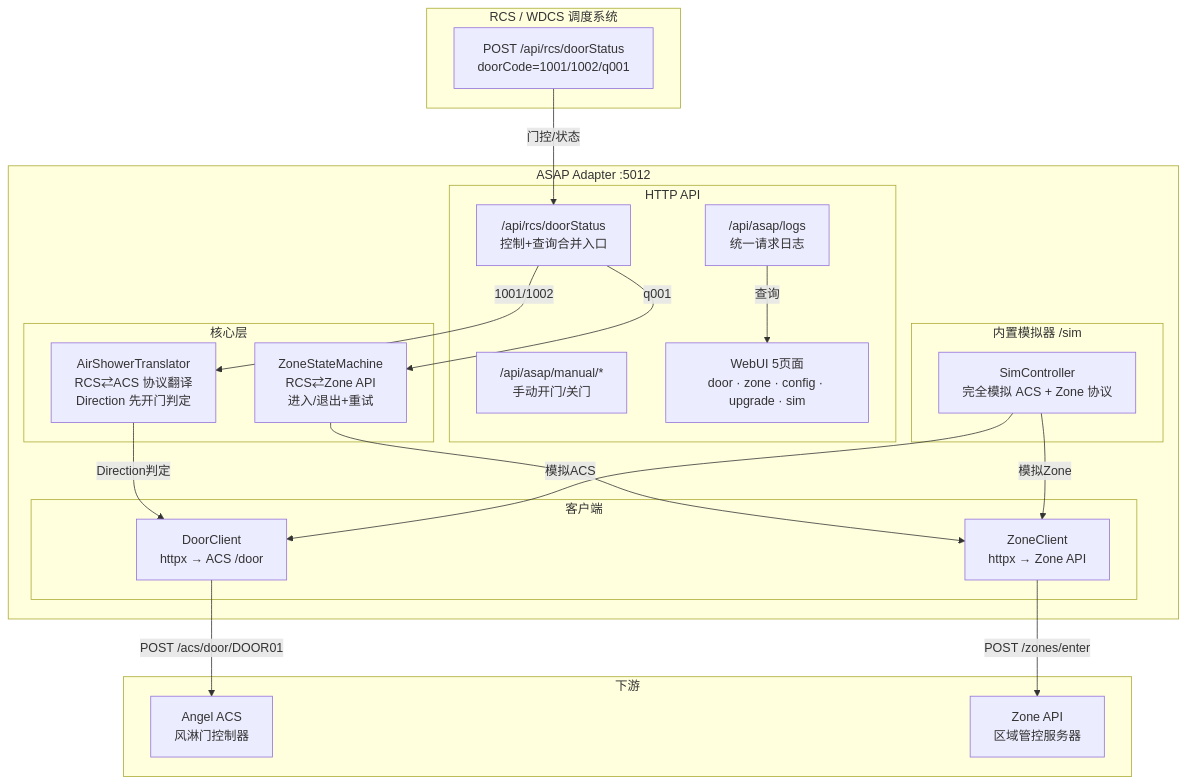
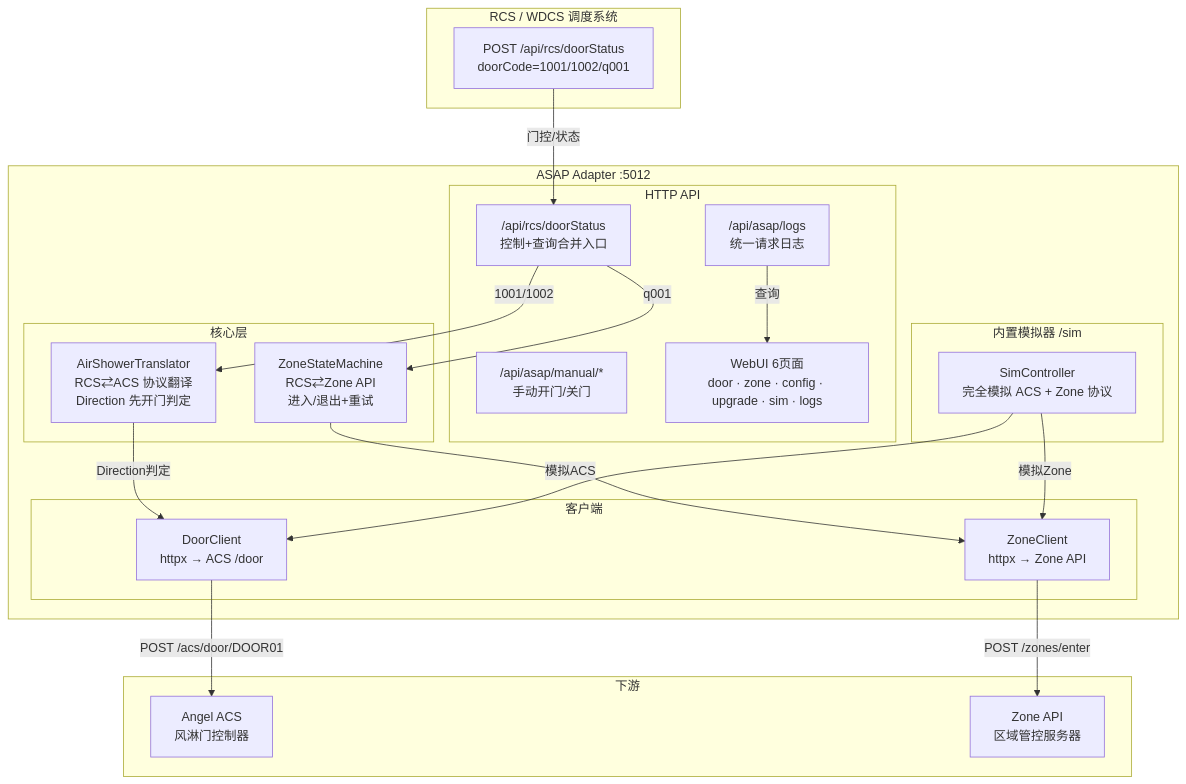
The first of 2 diagrams in readme.md (1021143806/ASAP_Adapter), drawn with Mermaid before and after one commit. The commit also changed other lines of this file and 3 other files, not shown here.

````diff
--- a/readme.md
+++ b/readme.md
@@ -11,42 +11,42 @@
 ```mermaid
 flowchart TB
     subgraph RCS["RCS / WDCS 调度系统"]
         RC["POST /api/rcs/doorStatus<br/>doorCode=1001/1002/q001"]
     end
 
     subgraph ASAP["ASAP Adapter :5012"]
         subgraph API["HTTP API"]
             M["/api/rcs/doorStatus<br/>控制+查询合并入口"]
             L["/api/asap/logs<br/>统一请求日志"]
             C["/api/asap/manual/*<br/>手动开门/关门"]
-            W["WebUI 5页面<br/>door · zone · config · upgrade · sim"]
+            W["WebUI 6页面<br/>door · zone · config · upgrade · sim · logs"]
         end
         subgraph Core["核心层"]
             T["AirShowerTranslator<br/>RCS⇄ACS 协议翻译<br/>Direction 先开门判定"]
             Z["ZoneStateMachine<br/>RCS⇄Zone API<br/>进入/退出+重试"]
         end
         subgraph Client["客户端"]
             DC["DoorClient<br/>httpx → ACS /door"]
             ZC["ZoneClient<br/>httpx → Zone API"]
         end
         subgraph Sim["内置模拟器 /sim"]
             SR["SimController<br/>完全模拟 ACS + Zone 协议"]
         end
     end
 
     subgraph Downstream["下游"]
         ACS["Angel ACS<br/>风淋门控制器"]
         Zone["Zone API<br/>区域管控服务器"]
     end
 
     RC -->|"门控/状态"| M
     M -->|"1001/1002"| T
     M -->|"q001"| Z
     T -->|"Direction判定"| DC
     Z --> ZC
     DC -->|"POST /acs/door/DOOR01"| ACS
     ZC -->|"POST /zones/enter"| Zone
     L -->|"查询"| W
     SR -->|"模拟ACS"| DC
     SR -->|"模拟Zone"| ZC
 ```
````
